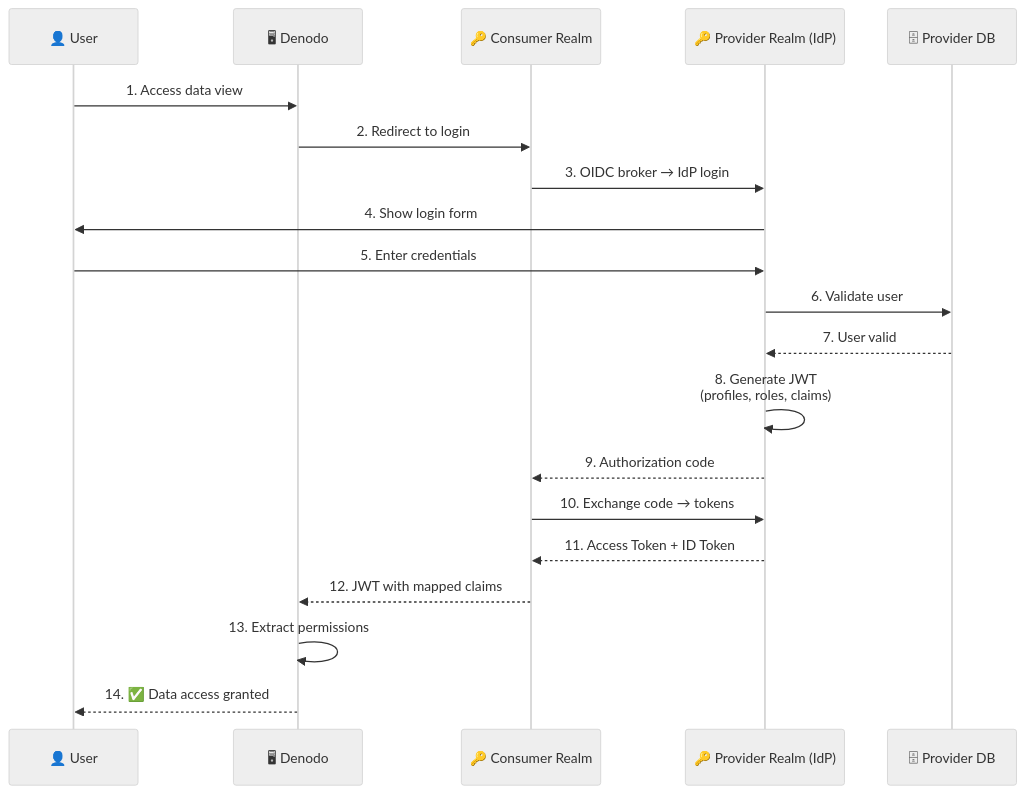
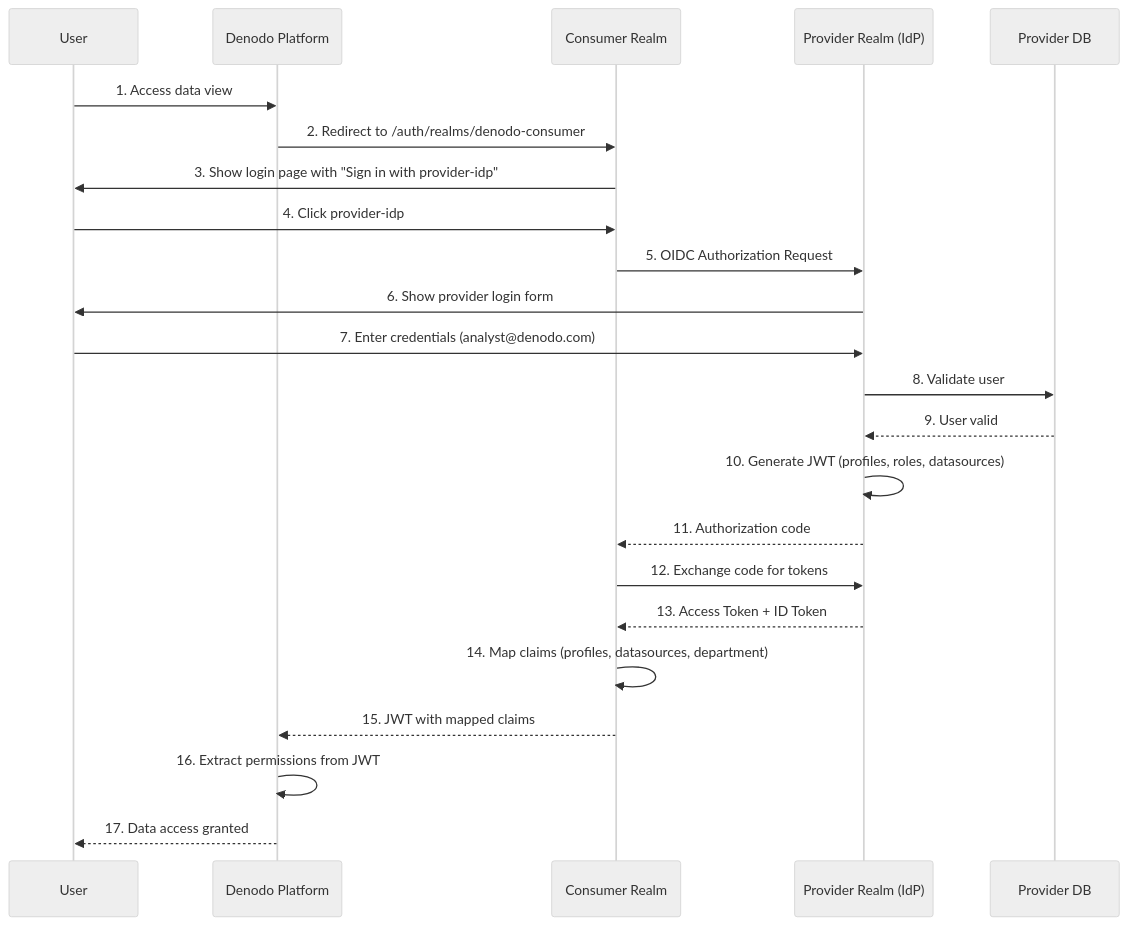
One commit to jaafar-benabderrazak/denodo_poc changed the sixth of 12 diagrams in docs/DEPLOYMENT_STATUS.md. Above: the diagram before and after it, drawn with Mermaid (neutral theme). The commit also changed other lines of this file and 2 other files, not shown here.

Commit message:
Add verify-all.sh test suite and update deployment documentation with Mermaid diagrams

````diff
--- a/docs/DEPLOYMENT_STATUS.md
+++ b/docs/DEPLOYMENT_STATUS.md
@@ -190,23 +226,26 @@
 ```mermaid
 sequenceDiagram
-    participant User as 👤 User
-    participant Denodo as 🖥 Denodo
-    participant Consumer as 🔑 Consumer Realm
-    participant Provider as 🔑 Provider Realm (IdP)
-    participant DB as 🗄 Provider DB
+    participant User
+    participant Denodo as Denodo Platform
+    participant Consumer as Consumer Realm
+    participant Provider as Provider Realm (IdP)
+    participant DB as Provider DB
 
     User->>Denodo: 1. Access data view
-    Denodo->>Consumer: 2. Redirect to login
-    Consumer->>Provider: 3. OIDC broker → IdP login
-    Provider->>User: 4. Show login form
-    User->>Provider: 5. Enter credentials
-    Provider->>DB: 6. Validate user
-    DB-->>Provider: 7. User valid
-    Provider->>Provider: 8. Generate JWT<br/>(profiles, roles, claims)
-    Provider-->>Consumer: 9. Authorization code
-    Consumer->>Provider: 10. Exchange code → tokens
-    Provider-->>Consumer: 11. Access Token + ID Token
-    Consumer-->>Denodo: 12. JWT with mapped claims
-    Denodo->>Denodo: 13. Extract permissions
-    Denodo-->>User: 14. ✅ Data access granted
+    Denodo->>Consumer: 2. Redirect to /auth/realms/denodo-consumer
+    Consumer->>User: 3. Show login page with "Sign in with provider-idp"
+    User->>Consumer: 4. Click provider-idp
+    Consumer->>Provider: 5. OIDC Authorization Request
+    Provider->>User: 6. Show provider login form
+    User->>Provider: 7. Enter credentials (analyst@denodo.com)
+    Provider->>DB: 8. Validate user
+    DB-->>Provider: 9. User valid
+    Provider->>Provider: 10. Generate JWT (profiles, roles, datasources)
+    Provider-->>Consumer: 11. Authorization code
+    Consumer->>Provider: 12. Exchange code for tokens
+    Provider-->>Consumer: 13. Access Token + ID Token
+    Consumer->>Consumer: 14. Map claims (profiles, datasources, department)
+    Consumer-->>Denodo: 15. JWT with mapped claims
+    Denodo->>Denodo: 16. Extract permissions from JWT
+    Denodo-->>User: 17. Data access granted
 ```
````
